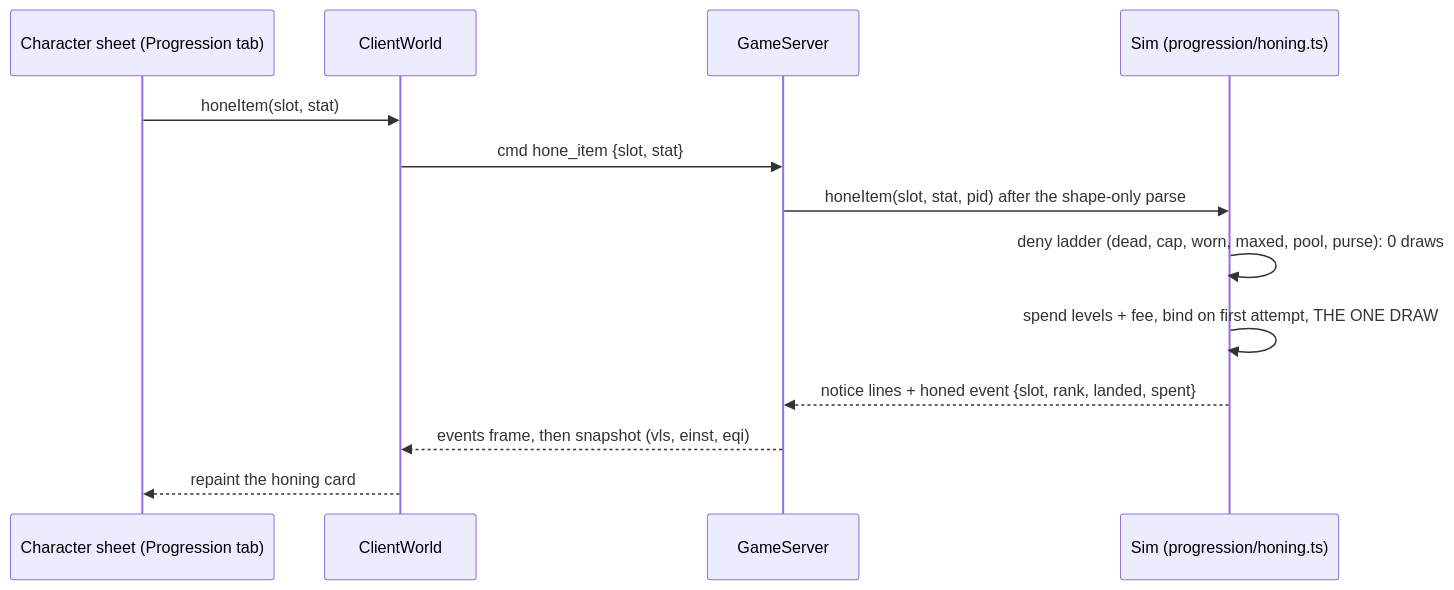
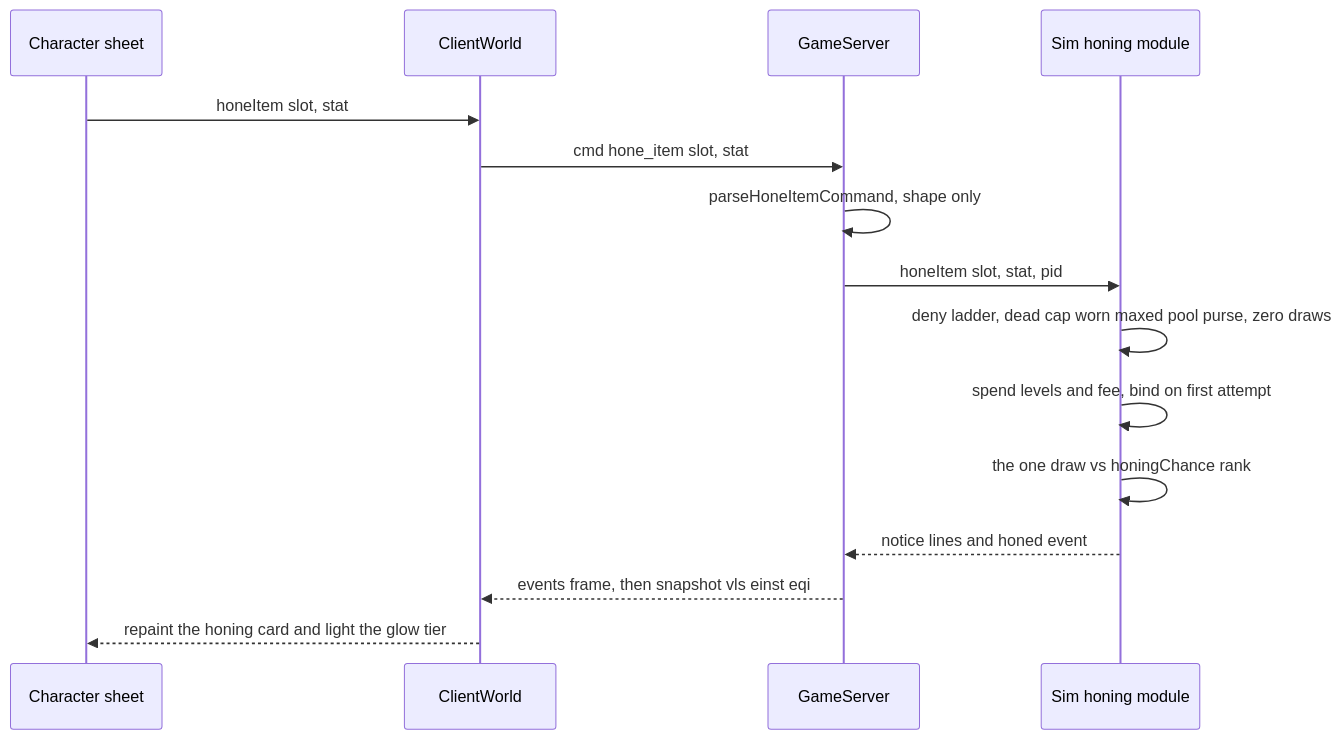
The diagram in docs/design/honing.md (jgyy/world-of-claudecraft), drawn with Mermaid before and after one commit.

Commit message:
docs(honing): simplify the flow diagram so it renders on GitHub
Drops parentheses from participant aliases and braces and extra colons
from message text, which the GitHub mermaid renderer rejected.

````diff
--- a/docs/design/honing.md
+++ b/docs/design/honing.md
@@ -40,15 +40,17 @@
 ```mermaid
 sequenceDiagram
-    participant UI as Character sheet (Progression tab)
+    participant UI as Character sheet
     participant CW as ClientWorld
     participant GS as GameServer
-    participant Sim as Sim (progression/honing.ts)
-    UI->>CW: honeItem(slot, stat)
-    CW->>GS: cmd hone_item {slot, stat}
-    GS->>Sim: honeItem(slot, stat, pid) after the shape-only parse
-    Sim->>Sim: deny ladder (dead, cap, worn, maxed, pool, purse): 0 draws
-    Sim->>Sim: spend levels + fee, bind on first attempt, THE ONE DRAW
-    Sim-->>GS: notice lines + honed event {slot, rank, landed, spent}
-    GS-->>CW: events frame, then snapshot (vls, einst, eqi)
-    CW-->>UI: repaint the honing card
+    participant Sim as Sim honing module
+    UI->>CW: honeItem slot, stat
+    CW->>GS: cmd hone_item slot, stat
+    GS->>GS: parseHoneItemCommand, shape only
+    GS->>Sim: honeItem slot, stat, pid
+    Sim->>Sim: deny ladder, dead cap worn maxed pool purse, zero draws
+    Sim->>Sim: spend levels and fee, bind on first attempt
+    Sim->>Sim: the one draw vs honingChance rank
+    Sim-->>GS: notice lines and honed event
+    GS-->>CW: events frame, then snapshot vls einst eqi
+    CW-->>UI: repaint the honing card and light the glow tier
 ```
````
